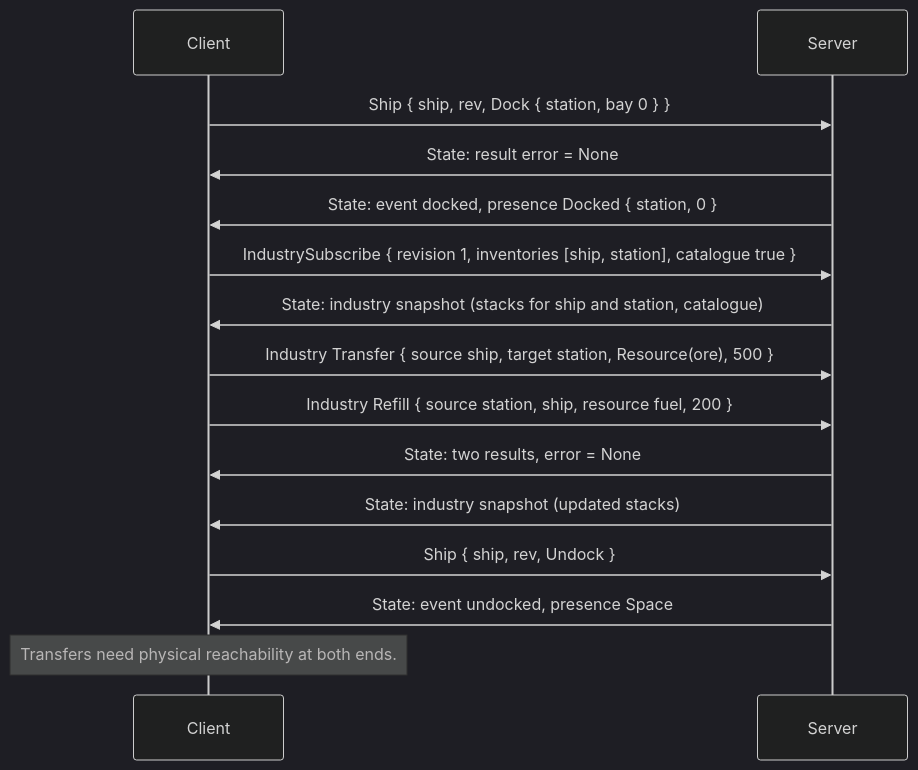
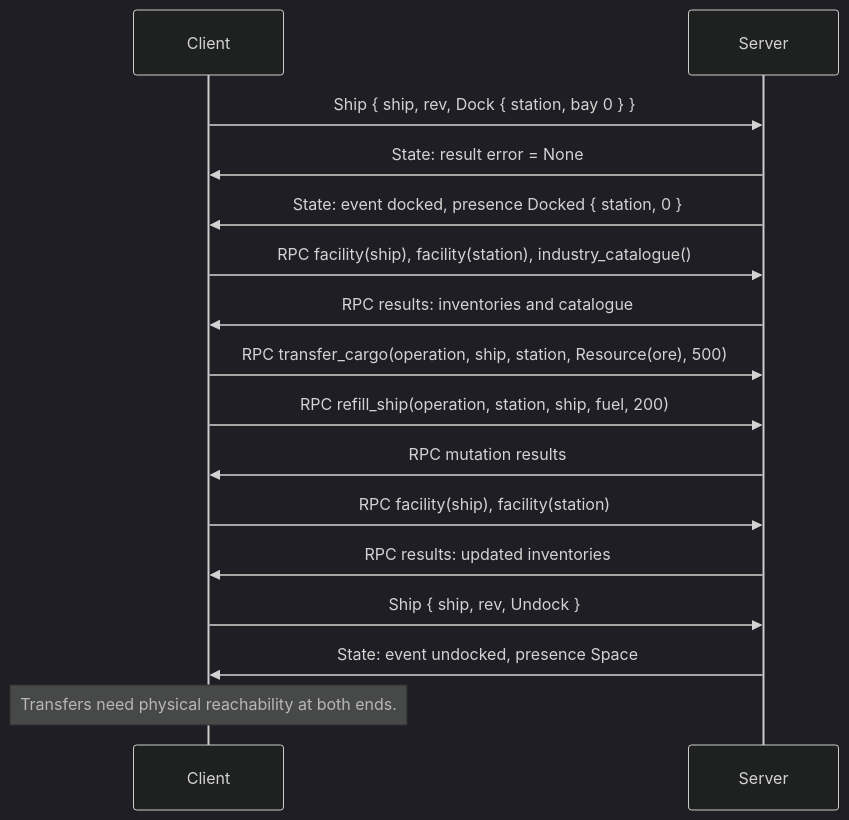
One commit to project-ostomo/toy-sim changed the fifth of 8 diagrams in docs/protocol.md. Above: the diagram before and after it, drawn with Mermaid (dark theme). The commit also changed other lines of this file and 193 other files, not shown here.

````diff
--- a/docs/protocol.md
+++ b/docs/protocol.md
@@ -1013,17 +990,18 @@
 ```mermaid
 sequenceDiagram
     participant C as Client
     participant S as Server
     C->>S: Ship { ship, rev, Dock { station, bay 0 } }
     S->>C: State: result error = None
     S->>C: State: event docked, presence Docked { station, 0 }
-    C->>S: IndustrySubscribe { revision 1, inventories [ship, station], catalogue true }
-    S->>C: State: industry snapshot (stacks for ship and station, catalogue)
-    C->>S: Industry Transfer { source ship, target station, Resource(ore), 500 }
-    C->>S: Industry Refill { source station, ship, resource fuel, 200 }
-    S->>C: State: two results, error = None
-    S->>C: State: industry snapshot (updated stacks)
+    C->>S: RPC facility(ship), facility(station), industry_catalogue()
+    S->>C: RPC results: inventories and catalogue
+    C->>S: RPC transfer_cargo(operation, ship, station, Resource(ore), 500)
+    C->>S: RPC refill_ship(operation, station, ship, fuel, 200)
+    S->>C: RPC mutation results
+    C->>S: RPC facility(ship), facility(station)
+    S->>C: RPC results: updated inventories
     C->>S: Ship { ship, rev, Undock }
     S->>C: State: event undocked, presence Space
     Note over C: Transfers need physical reachability at both ends.
 ```
````
